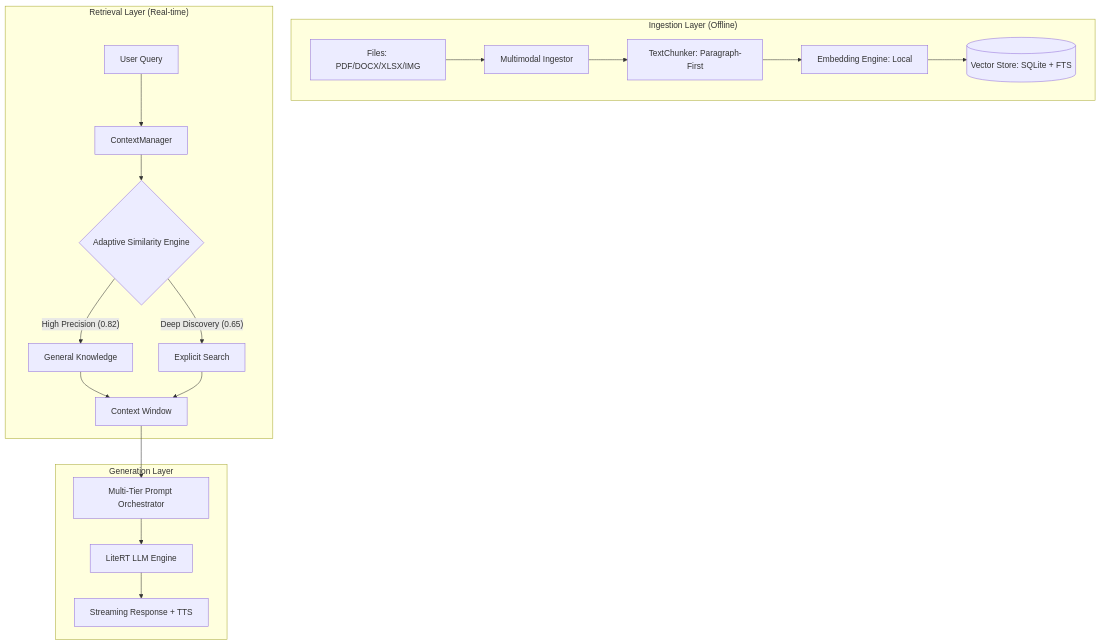
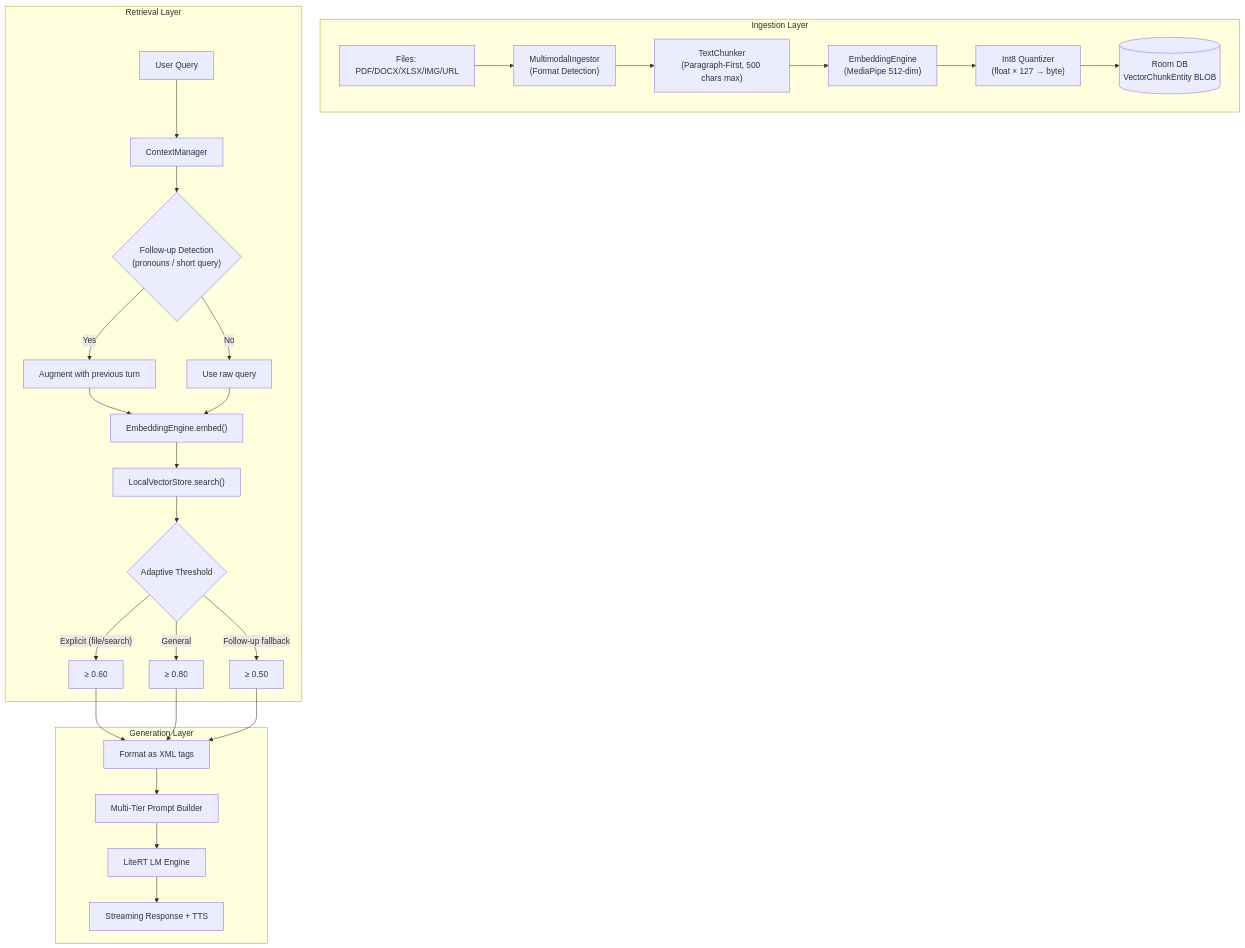
Before and after one commit to kallolchakraborty/Chhanda-AI: the first of 2 diagrams in FAQSheet.md, drawn with Mermaid. The commit also changed other lines of this file and 23 other files, not shown here.

````diff
--- a/FAQSheet.md
+++ b/FAQSheet.md
@@ -23,24 +64,31 @@
 ```mermaid
 graph TD
-    subgraph "Ingestion Layer (Offline)"
-        A[Files: PDF/DOCX/XLSX/IMG] --> B[Multimodal Ingestor]
-        B --> C[TextChunker: Paragraph-First]
-        C --> D[Embedding Engine: Local]
-        D --> E[(Vector Store: SQLite + FTS)]
+    subgraph "Ingestion Layer"
+        A["Files: PDF/DOCX/XLSX/IMG/URL"] --> B["MultimodalIngestor<br/>(Format Detection)"]
+        B --> C["TextChunker<br/>(Paragraph-First, 500 chars max)"]
+        C --> D["EmbeddingEngine<br/>(MediaPipe 512-dim)"]
+        D --> E["Int8 Quantizer<br/>(float × 127 → byte)"]
+        E --> F[("Room DB<br/>VectorChunkEntity BLOB")]
     end
 
-    subgraph "Retrieval Layer (Real-time)"
-        F[User Query] --> G[ContextManager]
-        G --> H{Adaptive Similarity Engine}
-        H -- "High Precision (0.82)" --> I[General Knowledge]
-        H -- "Deep Discovery (0.65)" --> J[Explicit Search]
-        I --> K[Context Window]
-        J --> K
+    subgraph "Retrieval Layer"
+        G["User Query"] --> H["ContextManager"]
+        H --> I{"Follow-up Detection<br/>(pronouns / short query)"}
+        I -- Yes --> J["Augment with previous turn"]
+        I -- No --> K["Use raw query"]
+        J --> L["EmbeddingEngine.embed()"]
+        K --> L
+        L --> M["LocalVectorStore.search()"]
+        M --> N{"Adaptive Threshold"}
+        N -- "Explicit (file/search)" --> O["≥ 0.60"]
+        N -- "General" --> P["≥ 0.80"]
+        N -- "Follow-up fallback" --> Q["≥ 0.50"]
     end
 
     subgraph "Generation Layer"
-        K --> L[Multi-Tier Prompt Orchestrator]
-        L --> M[LiteRT LLM Engine]
-        M --> N[Streaming Response + TTS]
+        O & P & Q --> R["Format as XML tags"]
+        R --> S["Multi-Tier Prompt Builder"]
+        S --> T["LiteRT LM Engine"]
+        T --> U["Streaming Response + TTS"]
     end
 ```
````
